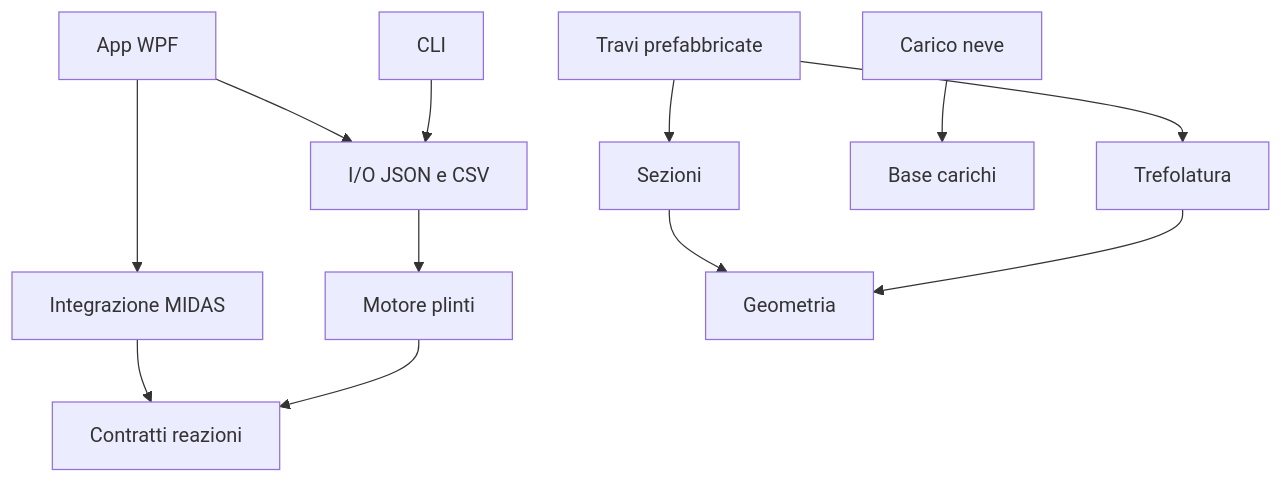
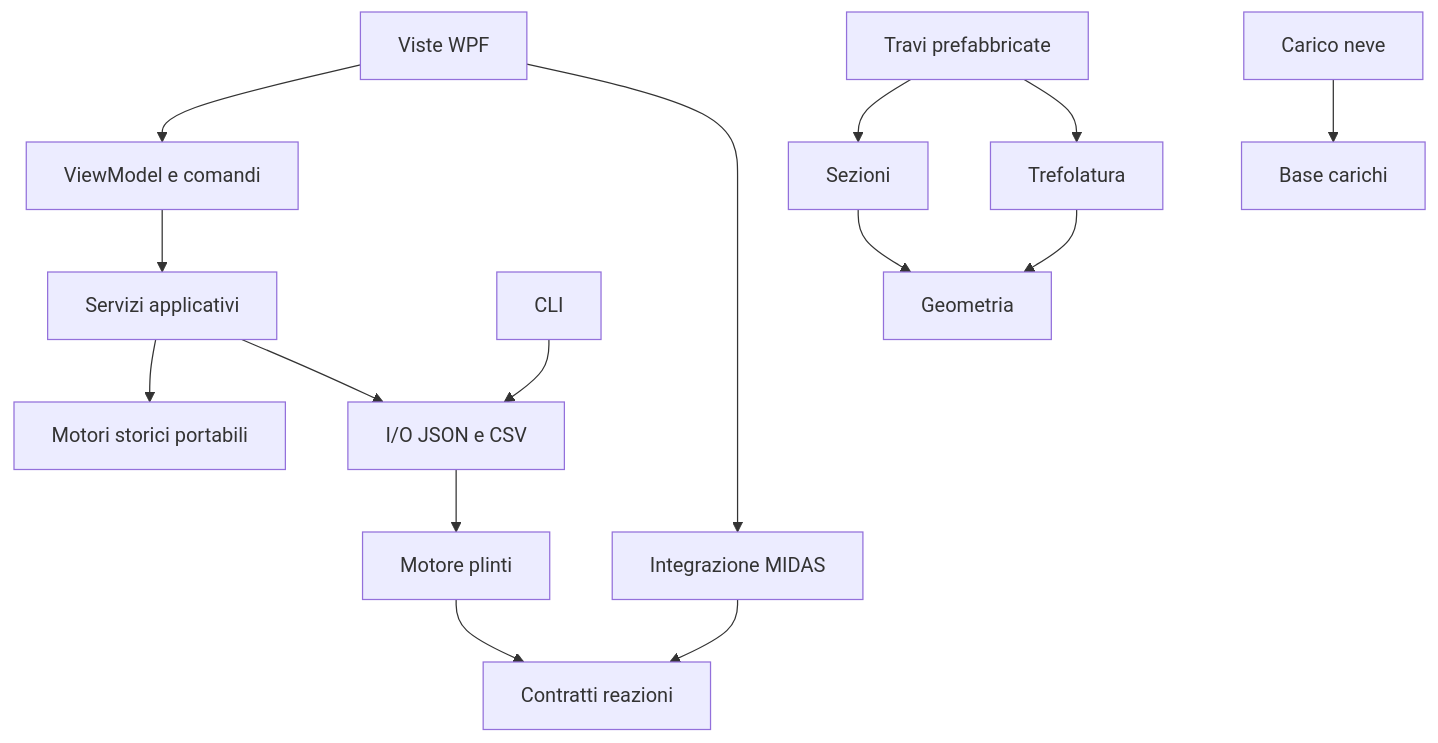
Before and after one commit to antoniotassinari/Calcolo: the diagram in docs/ARCHITECTURE.md, drawn with Mermaid. The commit also changed other lines of this file and 86 other files, not shown here.

````diff
--- a/docs/ARCHITECTURE.md
+++ b/docs/ARCHITECTURE.md
@@ -5,14 +5,17 @@
 ```mermaid
 flowchart TD
-  WPF[App WPF] --> IO[I/O JSON e CSV]
+  WPF[Viste WPF] --> VM[ViewModel e comandi]
+  VM --> Application[Servizi applicativi]
+  Application --> Storici[Motori storici portabili]
+  Application --> IO[I/O JSON e CSV]
   CLI[CLI] --> IO
   WPF --> MIDAS[Integrazione MIDAS]
   MIDAS --> Contracts[Contratti reazioni]
   IO --> Plinti[Motore plinti]
   Plinti --> Contracts
   Masse[Sezioni] --> Geometria[Geometria]
   Trave[Travi prefabbricate] --> Masse
   Trave --> Trefolatura[Trefolatura]
   Trefolatura --> Geometria
   Neve[Carico neve] --> Common[Base carichi]
 ```
````
